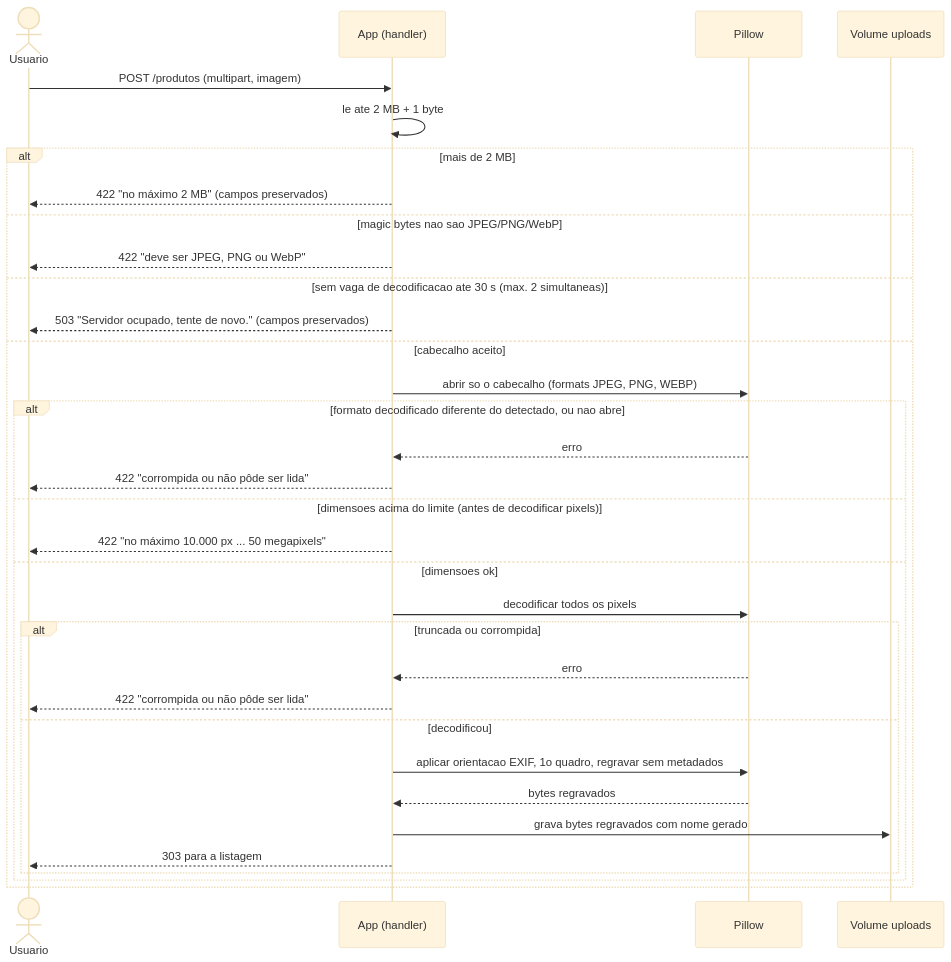
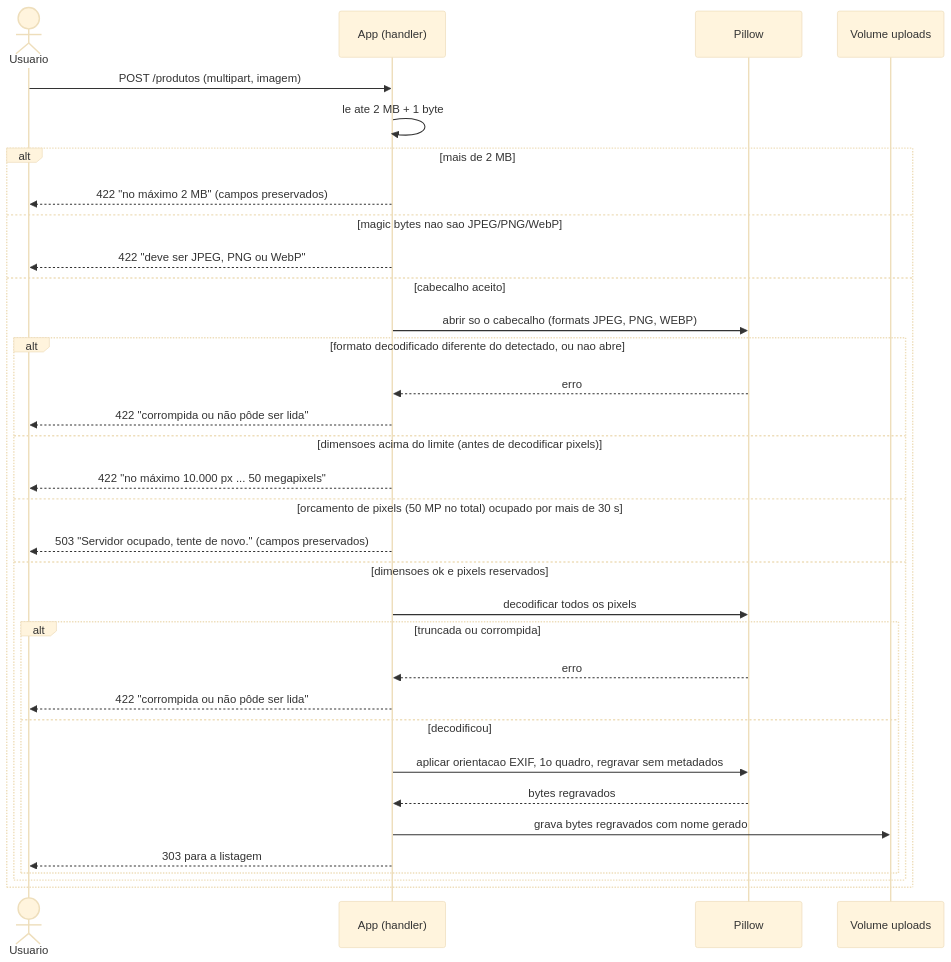
Before and after one commit to IgorCdeLima/lab: the fifth of 6 diagrams in docs/modelos/modelos.md, drawn with Mermaid (base theme). The commit also changed 3 other files, not shown here.

First line of the commit message:
fix(imagens): orcamento de pixels no lugar de vagas fixas (SEC-T0010-01)

````diff
--- a/docs/modelos/modelos.md
+++ b/docs/modelos/modelos.md
@@ -68,35 +68,35 @@
 ```mermaid
 sequenceDiagram
     actor U as Usuario
     participant A as App (handler)
     participant P as Pillow
     participant V as Volume uploads
     U->>A: POST /produtos (multipart, imagem)
     A->>A: le ate 2 MB + 1 byte
     alt mais de 2 MB
         A-->>U: 422 "no máximo 2 MB" (campos preservados)
     else magic bytes nao sao JPEG/PNG/WebP
         A-->>U: 422 "deve ser JPEG, PNG ou WebP"
-    else sem vaga de decodificacao ate 30 s (max. 2 simultaneas)
-        A-->>U: 503 "Servidor ocupado, tente de novo." (campos preservados)
     else cabecalho aceito
         A->>P: abrir so o cabecalho (formats JPEG, PNG, WEBP)
         alt formato decodificado diferente do detectado, ou nao abre
             P-->>A: erro
             A-->>U: 422 "corrompida ou não pôde ser lida"
         else dimensoes acima do limite (antes de decodificar pixels)
             A-->>U: 422 "no máximo 10.000 px ... 50 megapixels"
-        else dimensoes ok
+        else orcamento de pixels (50 MP no total) ocupado por mais de 30 s
+            A-->>U: 503 "Servidor ocupado, tente de novo." (campos preservados)
+        else dimensoes ok e pixels reservados
             A->>P: decodificar todos os pixels
             alt truncada ou corrompida
                 P-->>A: erro
                 A-->>U: 422 "corrompida ou não pôde ser lida"
             else decodificou
                 A->>P: aplicar orientacao EXIF, 1o quadro, regravar sem metadados
                 P-->>A: bytes regravados
                 A->>V: grava bytes regravados com nome gerado
                 A-->>U: 303 para a listagem
             end
         end
     end
 ```
````
